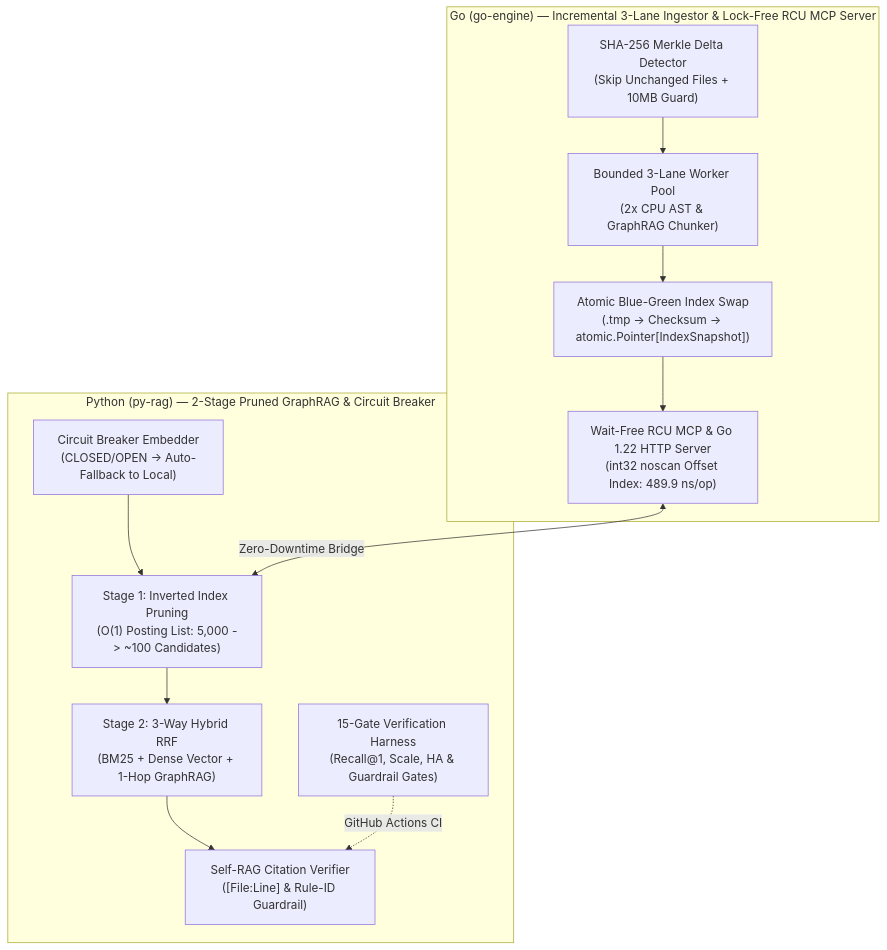
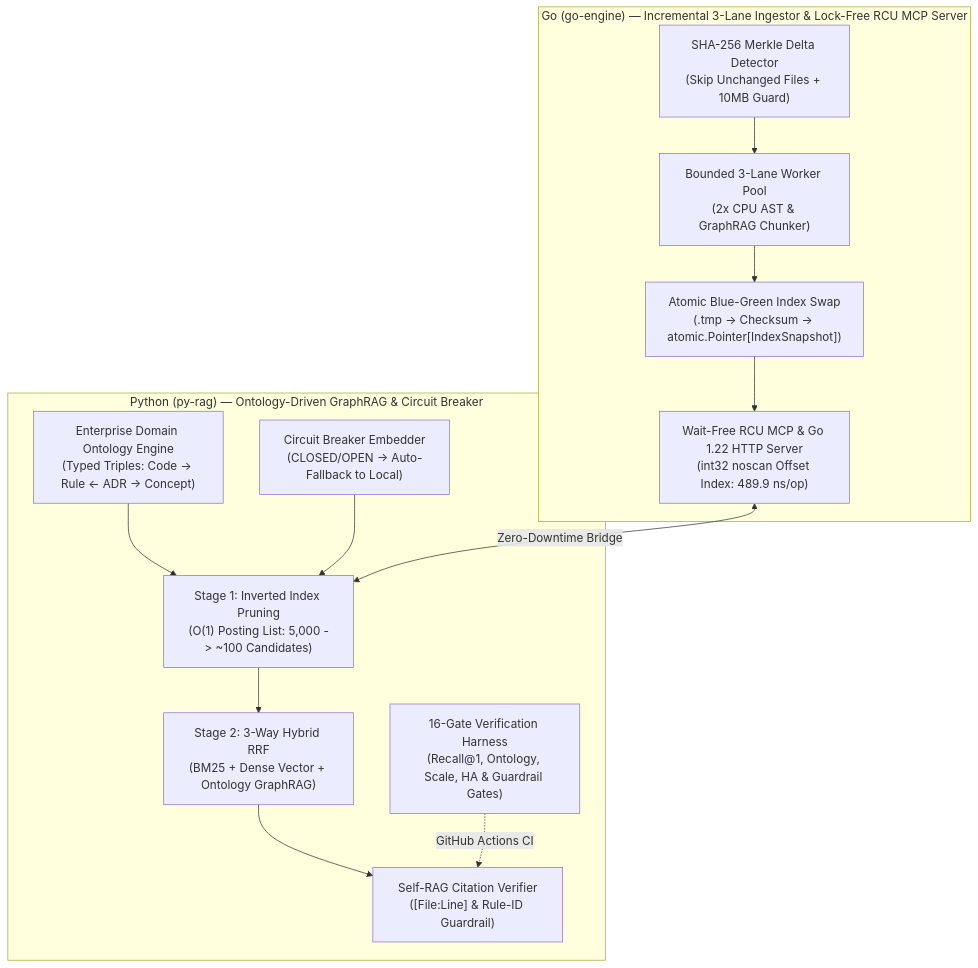
The diagram in README.md (bestguru/legacy-lens-rag), drawn with Mermaid before and after one commit. The commit also changed other lines of this file and 6 other files, not shown here.

Commit message:
feat(ontology): add Enterprise Domain Ontology schema, multi-hop reasoning engine, and Gate 16 verification (v3.2)

````diff
--- a/README.md
+++ b/README.md
@@ -37,22 +40,23 @@
 ```mermaid
 flowchart TB
     subgraph Go_Tier ["Go (go-engine) — Incremental 3-Lane Ingestor & Lock-Free RCU MCP Server"]
         Delta["SHA-256 Merkle Delta Detector\n(Skip Unchanged Files + 10MB Guard)"]
         Pool["Bounded 3-Lane Worker Pool\n(2x CPU AST & GraphRAG Chunker)"]
         Atomic["Atomic Blue-Green Index Swap\n(.tmp -> Checksum -> atomic.Pointer[IndexSnapshot])"]
         MCP["Wait-Free RCU MCP & Go 1.22 HTTP Server\n(int32 noscan Offset Index: 489.9 ns/op)"]
         Delta --> Pool --> Atomic --> MCP
     end
 
-    subgraph Py_Tier ["Python (py-rag) — 2-Stage Pruned GraphRAG & Circuit Breaker"]
+    subgraph Py_Tier ["Python (py-rag) — Ontology-Driven GraphRAG & Circuit Breaker"]
+        Onto["Enterprise Domain Ontology Engine\n(Typed Triples: Code -> Rule <- ADR -> Concept)"]
         CB["Circuit Breaker Embedder\n(CLOSED/OPEN -> Auto-Fallback to Local)"]
         Stage1["Stage 1: Inverted Index Pruning\n(O(1) Posting List: 5,000 -> ~100 Candidates)"]
-        Stage2["Stage 2: 3-Way Hybrid RRF\n(BM25 + Dense Vector + 1-Hop GraphRAG)"]
+        Stage2["Stage 2: 3-Way Hybrid RRF\n(BM25 + Dense Vector + Ontology GraphRAG)"]
         Guard["Self-RAG Citation Verifier\n([File:Line] & Rule-ID Guardrail)"]
-        Harness["15-Gate Verification Harness\n(Recall@1, Scale, HA & Guardrail Gates)"]
-        CB --> Stage1 --> Stage2 --> Guard
+        Harness["16-Gate Verification Harness\n(Recall@1, Ontology, Scale, HA & Guardrail Gates)"]
+        Onto & CB --> Stage1 --> Stage2 --> Guard
         Harness -.->|"GitHub Actions CI"| Guard
     end
 
     MCP <-->|"Zero-Downtime Bridge"| Stage1
 ```
````
